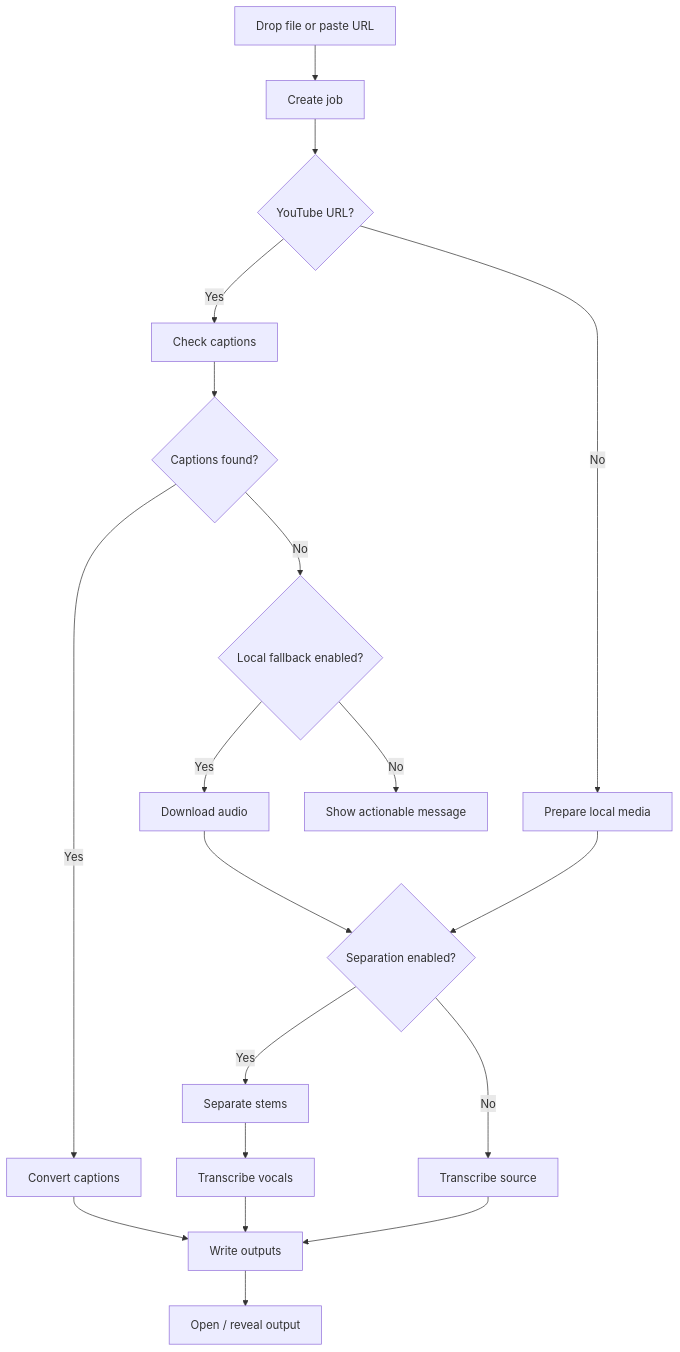
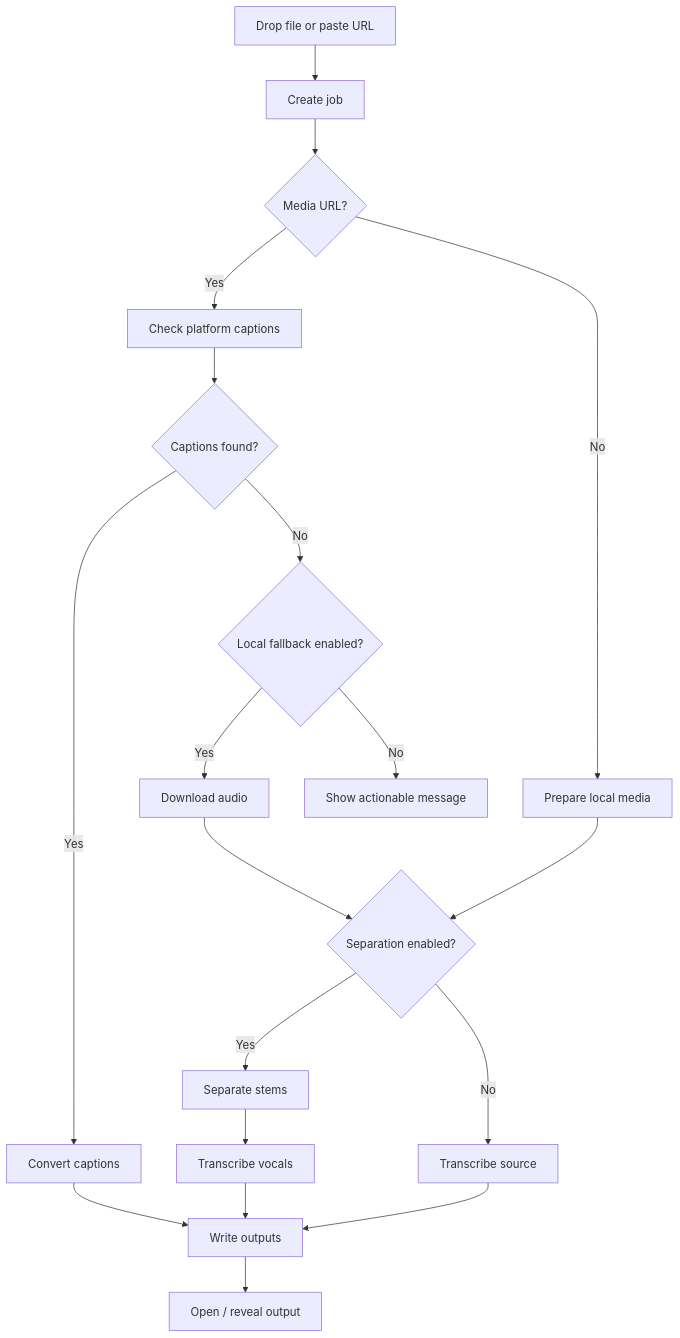
Before and after one commit to gottaegbert/audio-workflow-skills: the first of 2 diagrams in docs/desktop-app-prd.md, drawn with Mermaid. The commit also changed other lines of this file and 19 other files, not shown here.

````diff
--- a/docs/desktop-app-prd.md
+++ b/docs/desktop-app-prd.md
@@ -81,21 +82,21 @@
 ```mermaid
 flowchart TD
   A["Drop file or paste URL"] --> B["Create job"]
-  B --> C{"YouTube URL?"}
-  C -->|Yes| D["Check captions"]
+  B --> C{"Media URL?"}
+  C -->|Yes| D["Check platform captions"]
   D --> E{"Captions found?"}
   E -->|Yes| F["Convert captions"]
   E -->|No| G{"Local fallback enabled?"}
   G -->|Yes| H["Download audio"]
   G -->|No| I["Show actionable message"]
   C -->|No| J["Prepare local media"]
   H --> K{"Separation enabled?"}
   J --> K
   K -->|Yes| L["Separate stems"]
   K -->|No| M["Transcribe source"]
   L --> N["Transcribe vocals"]
   M --> O["Write outputs"]
   N --> O
   F --> O
   O --> P["Open / reveal output"]
 ```
````
